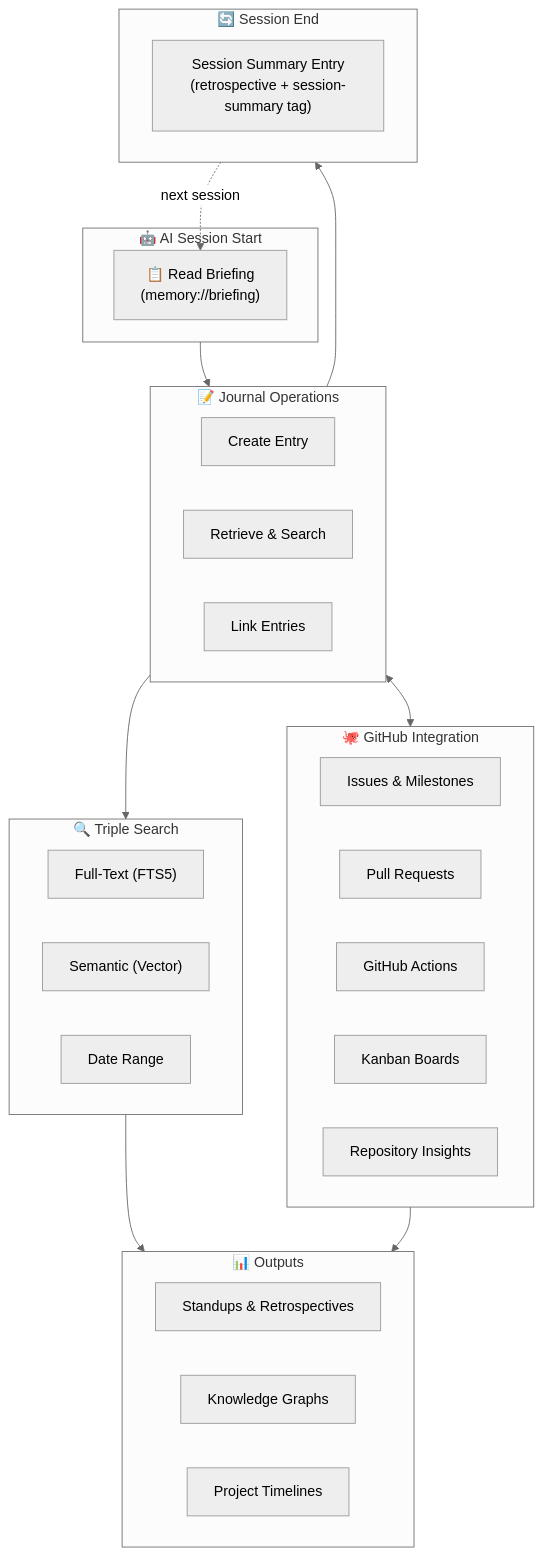
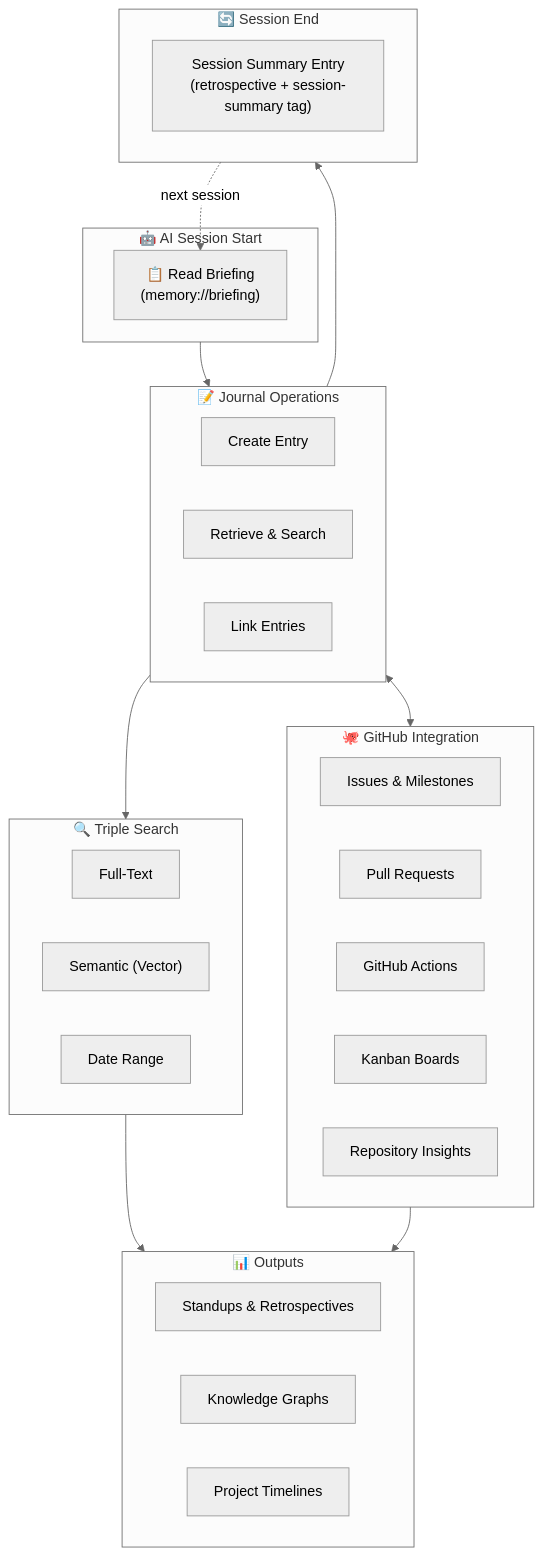
One commit to neverinfamous/memory-journal-mcp changed the first of 2 diagrams in README.md. Above: the diagram before and after it, drawn with Mermaid (neutral theme). The commit also changed other lines of this file and 86 other files, not shown here.

First line of the commit message:
v5.0.0 - Major Architecture & Security Release (#206)

````diff
--- a/README.md
+++ b/README.md
@@ -43,44 +74,44 @@
 ```mermaid
 flowchart TB
     subgraph Session["🤖 AI Session Start"]
         Briefing["📋 Read Briefing<br/>(memory://briefing)"]
     end
 
     subgraph Core["📝 Journal Operations"]
         Create["Create Entry"]
         Retrieve["Retrieve & Search"]
         Link["Link Entries"]
     end
 
     subgraph Search["🔍 Triple Search"]
-        FTS["Full-Text (FTS5)"]
+        FTS["Full-Text"]
         Semantic["Semantic (Vector)"]
         DateRange["Date Range"]
     end
 
     subgraph GitHub["🐙 GitHub Integration"]
         Issues["Issues & Milestones"]
         PRs["Pull Requests"]
         Actions["GitHub Actions"]
         Kanban["Kanban Boards"]
         Insights["Repository Insights"]
     end
 
     subgraph Outputs["📊 Outputs"]
         Reports["Standups & Retrospectives"]
         Graphs["Knowledge Graphs"]
         Timeline["Project Timelines"]
     end
 
     subgraph SessionEnd["🔄 Session End"]
         Summary["Session Summary Entry<br/>(retrospective + session-summary tag)"]
     end
 
     Session --> Core
     Core --> Search
     Core <--> GitHub
     Search --> Outputs
     GitHub --> Outputs
     Core --> SessionEnd
     SessionEnd -.->|"next session"| Briefing
 ```
````
